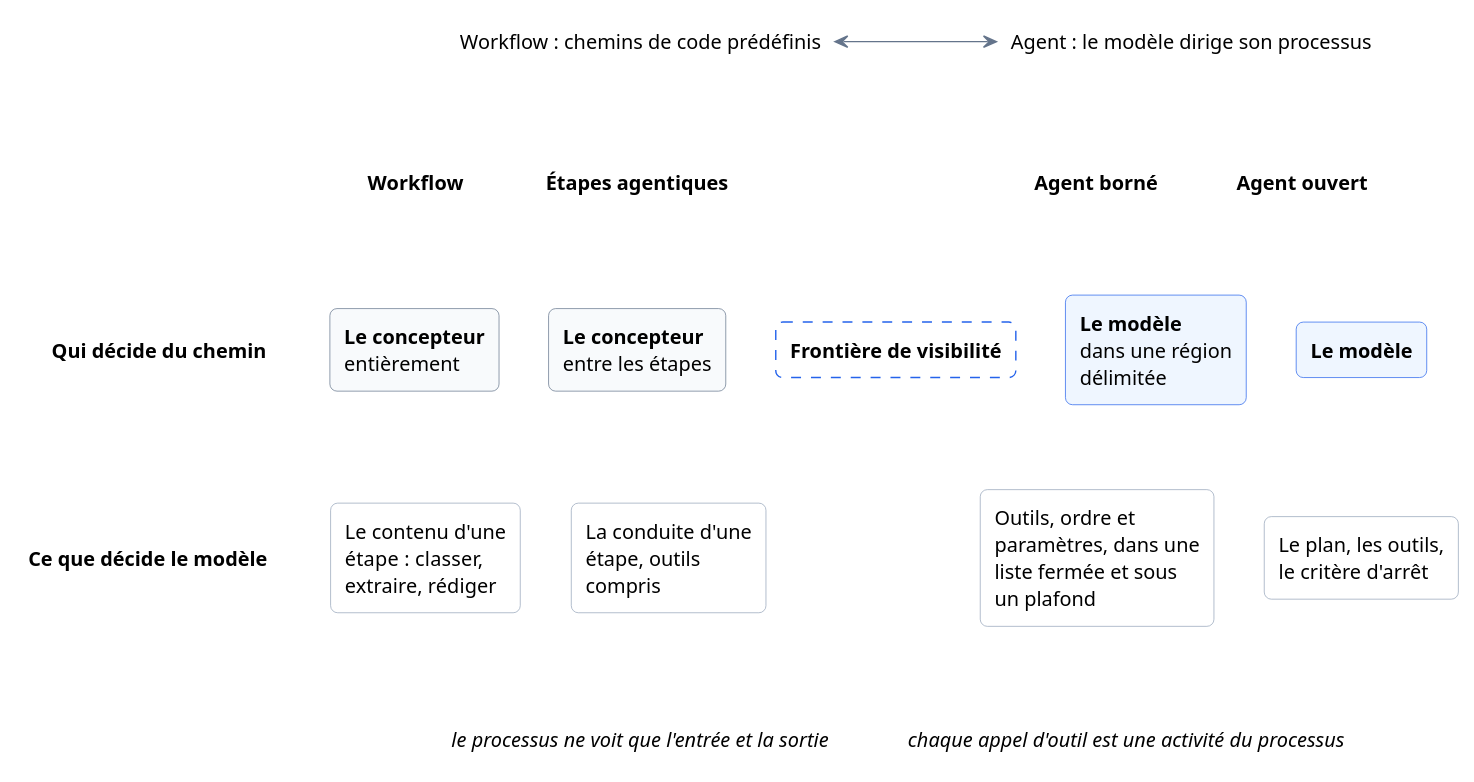
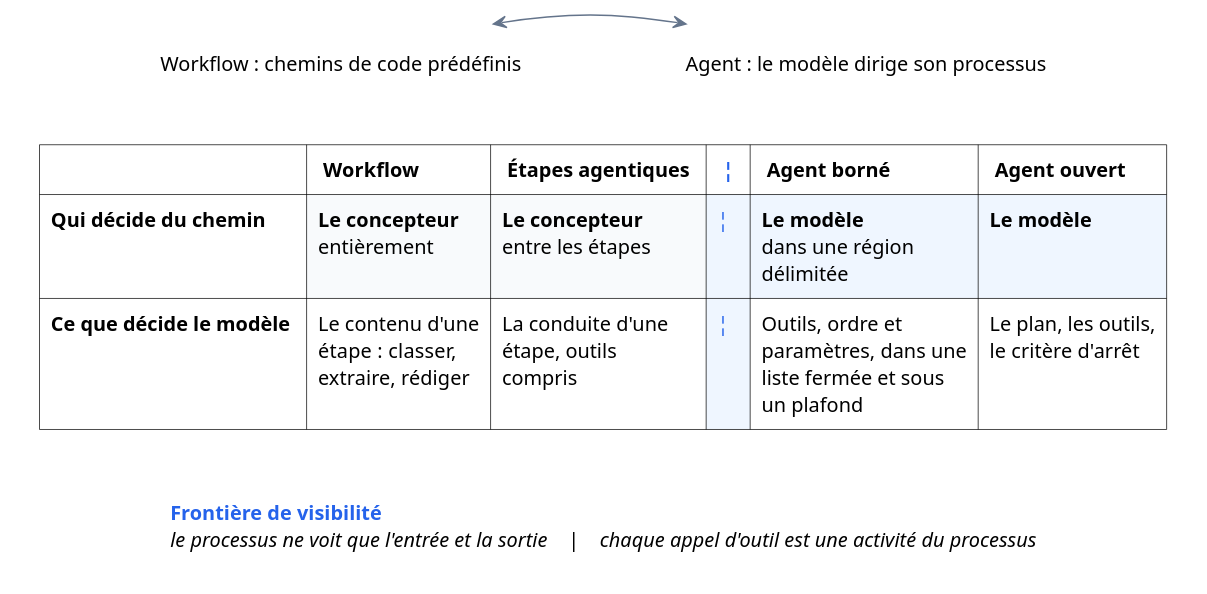
One commit to agbruneau/Agentique changed the diagram in 3 - Compendium 2027/Diagrammes/Fig-27 - Les quatre positions que le chapitre distingue entre les pôles.puml. Above: the diagram before and after it, drawn with PlantUML. The commit also changed 270 other files, not shown here.

First line of the commit message:
Audit approfondi et corrections finales Markdown et diagrammes des 6 ouvrages

```diff
--- a/3 - Compendium 2027/Diagrammes/Fig-27 - Les quatre positions que le chapitre distingue entre les pôles.puml
+++ b/3 - Compendium 2027/Diagrammes/Fig-27 - Les quatre positions que le chapitre distingue entre les pôles.puml
@@ -2,75 +2,37 @@
 @startuml
 top to bottom direction
 skinparam shadowing false
 skinparam roundcorner 10
 skinparam defaultFontName "Segoe UI"
+skinparam Padding 8
+skinparam nodesep 20
+skinparam ranksep 10
+skinparam rectangle<<invis>> {
+  BackgroundColor transparent
+  BorderColor transparent
+  FontColor transparent
+  FontSize 1
+}
 
 rectangle "Workflow : chemins de code prédéfinis" as AxL #FFFFFF;line:FFFFFF
+rectangle " " as AxMid <<invis>>
 rectangle "Agent : le modèle dirige son processus" as AxR #FFFFFF;line:FFFFFF
-AxL <-[#64748B]right-> AxR
+AxL -[hidden]right-> AxMid
+AxMid -[hidden]right-> AxR
+AxL <-[#64748B,norank]-> AxR
 
-rectangle " " as H0 #FFFFFF;line:FFFFFF
-rectangle "**Workflow**" as T1 #FFFFFF;line:FFFFFF
-rectangle "**Étapes agentiques**" as T2 #FFFFFF;line:FFFFFF
-rectangle " " as V0 #FFFFFF;line:FFFFFF
-rectangle "**Agent borné**" as T3 #FFFFFF;line:FFFFFF
-rectangle "**Agent ouvert**" as T4 #FFFFFF;line:FFFFFF
+rectangle Matrice #FFFFFF;line:FFFFFF [
+  |=  |= **Workflow** |= **Étapes agentiques** |= <color:#2563EB>¦</color> |= **Agent borné** |= **Agent ouvert** |
+  | <#FFFFFF>**Qui décide du chemin** | <#F8FAFC>**Le concepteur**\nentièrement | <#F8FAFC>**Le concepteur**\nentre les étapes | <#EFF6FF><color:#2563EB>¦</color> | <#EFF6FF>**Le modèle**\ndans une région\ndélimitée | <#EFF6FF>**Le modèle** |
+  | <#FFFFFF>**Ce que décide le modèle** | <#FFFFFF>Le contenu d'une\nétape : classer,\nextraire, rédiger | <#FFFFFF>La conduite d'une\nétape, outils\ncompris | <#EFF6FF><color:#2563EB>¦</color> | <#FFFFFF>Outils, ordre et\nparamètres, dans une\nliste fermée et sous\nun plafond | <#FFFFFF>Le plan, les outils,\nle critère d'arrêt |
+]
 
-rectangle "**Qui décide du chemin**" as H1 #FFFFFF;line:FFFFFF
-rectangle "**Le concepteur**\nentièrement" as P1 #F8FAFC;line:64748B
-rectangle "**Le concepteur**\nentre les étapes" as P2 #F8FAFC;line:64748B
-rectangle "**Frontière de visibilité**" as Vis #FFFFFF;line:2563EB;line.dashed
-rectangle "**Le modèle**\ndans une région\ndélimitée" as P3 #EFF6FF;line:2563EB
-rectangle "**Le modèle**" as P4 #EFF6FF;line:2563EB
+rectangle Frontiere #FFFFFF;line:FFFFFF [
+  <color:#2563EB>**Frontière de visibilité**</color>
+  //le processus ne voit que l'entrée et la sortie//    |    //chaque appel d'outil est une activité du processus//
+]
 
-rectangle "**Ce que décide le modèle**" as H2 #FFFFFF;line:FFFFFF
-rectangle "Le contenu d'une\nétape : classer,\nextraire, rédiger" as D1 #FFFFFF;line:94A3B8
-rectangle "La conduite d'une\nétape, outils\ncompris" as D2 #FFFFFF;line:94A3B8
-rectangle " " as V2 #FFFFFF;line:FFFFFF
-rectangle "Outils, ordre et\nparamètres, dans une\nliste fermée et sous\nun plafond" as D3 #FFFFFF;line:94A3B8
-rectangle "Le plan, les outils,\nle critère d'arrêt" as D4 #FFFFFF;line:94A3B8
-
-rectangle "//le processus ne voit que l'entrée et la sortie//" as Foot1 #FFFFFF;line:FFFFFF
-rectangle "//chaque appel d'outil est une activité du processus//" as Foot2 #FFFFFF;line:FFFFFF
-
-AxL -[hidden]down-> T1
-AxR -[hidden]down-> T4
-
-H0 -[hidden]right-> T1
-T1 -[hidden]right-> T2
-T2 -[hidden]right-> V0
-V0 -[hidden]right-> T3
-T3 -[hidden]right-> T4
-
-H1 -[hidden]right-> P1
-P1 -[hidden]right-> P2
-P2 -[hidden]right-> Vis
-Vis -[hidden]right-> P3
-P3 -[hidden]right-> P4
-
-H2 -[hidden]right-> D1
-D1 -[hidden]right-> D2
-D2 -[hidden]right-> V2
-V2 -[hidden]right-> D3
-D3 -[hidden]right-> D4
-
-H0 -[hidden]down-> H1
-H1 -[hidden]down-> H2
-T1 -[hidden]down-> P1
-P1 -[hidden]down-> D1
-T2 -[hidden]down-> P2
-P2 -[hidden]down-> D2
-V0 -[hidden]down-> Vis
-Vis -[hidden]down-> V2
-T3 -[hidden]down-> P3
-P3 -[hidden]down-> D3
-T4 -[hidden]down-> P4
-P4 -[hidden]down-> D4
-
-D1 -[hidden]down-> Foot1
-D2 -[hidden]down-> Foot1
-D3 -[hidden]down-> Foot2
-D4 -[hidden]down-> Foot2
-Foot1 -[hidden]right-> Foot2
+AxMid -[hidden]down-> Matrice
+Matrice -[hidden]down-> Frontiere
 
 @enduml
```
